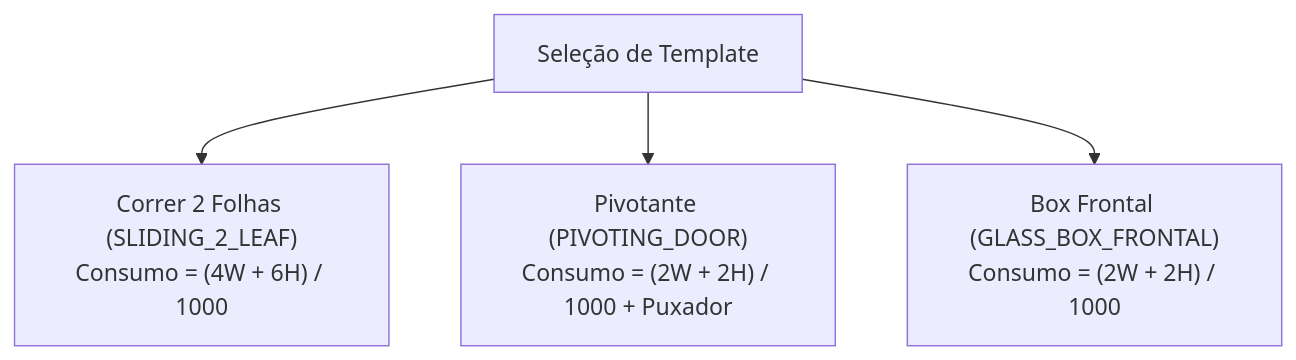
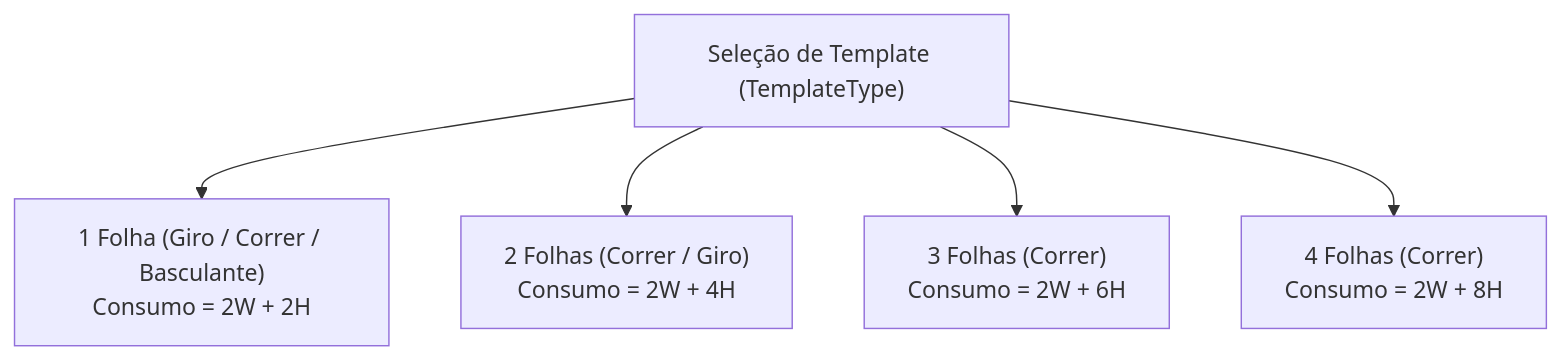
The first of 2 diagrams in docs/sistema/000-requisitos/RN-Regras_de_Calculo.md (ADS-IFPB-SR/alumigest), drawn with Mermaid before and after one commit. The commit also changed other lines of this file and 431 other files, not shown here.

````diff
--- a/docs/sistema/000-requisitos/RN-Regras_de_Calculo.md
+++ b/docs/sistema/000-requisitos/RN-Regras_de_Calculo.md
@@ -50,7 +57,8 @@
 ```mermaid
 graph TD
-    Template["Seleção de Template"]
-    Template --> S2F["Correr 2 Folhas (SLIDING_2_LEAF)<br>Consumo = (4W + 6H) / 1000"]
-    Template --> PIV["Pivotante (PIVOTING_DOOR)<br>Consumo = (2W + 2H) / 1000 + Puxador"]
-    Template --> BOX["Box Frontal (GLASS_BOX_FRONTAL)<br>Consumo = (2W + 2H) / 1000"]
+    Template["Seleção de Template (TemplateType)"]
+    Template --> T1F["1 Folha (Giro / Correr / Basculante)<br>Consumo = 2W + 2H"]
+    Template --> T2F["2 Folhas (Correr / Giro)<br>Consumo = 2W + 4H"]
+    Template --> T3F["3 Folhas (Correr)<br>Consumo = 2W + 6H"]
+    Template --> T4F["4 Folhas (Correr)<br>Consumo = 2W + 8H"]
 ```
````
